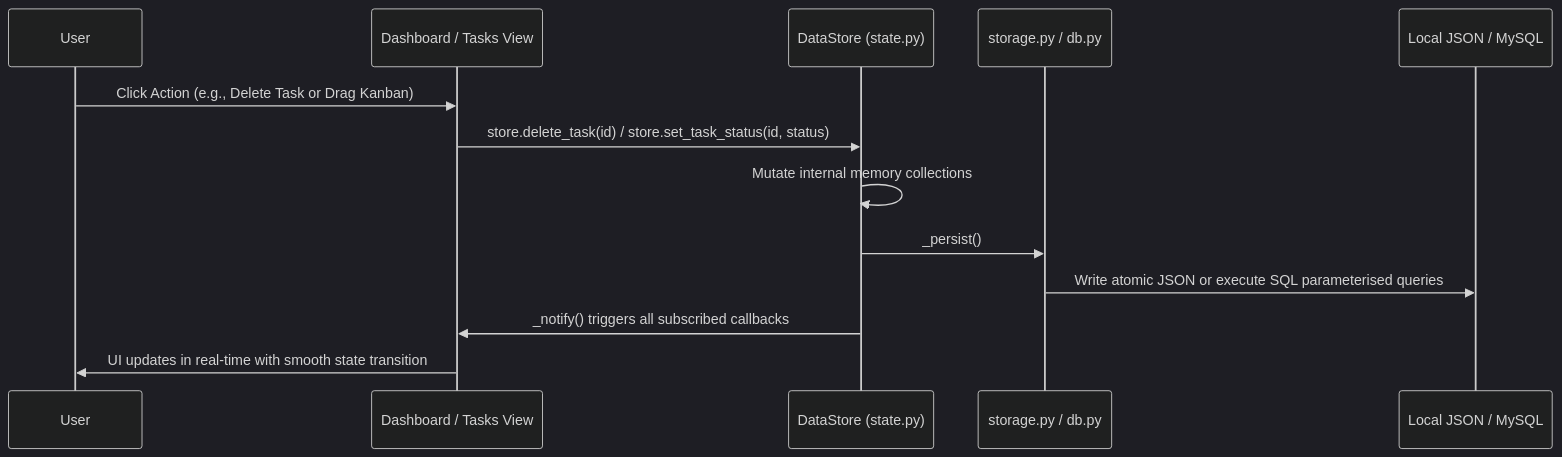
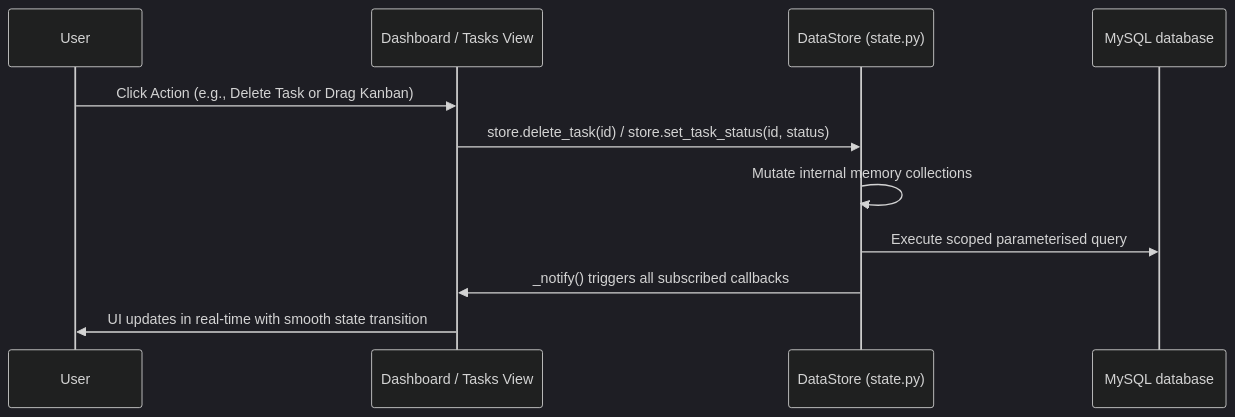
One commit to RajRishabh15/OneDesk-Tkinter changed the second of 6 diagrams in PROJECT_EXPLANATION.md. Above: the diagram before and after it, drawn with Mermaid (dark theme). The commit also changed other lines of this file and 1 other file, not shown here.

Commit message:
docs: update PROJECT_EXPLANATION and README for MySQL persistence and local setup instructions

````diff
--- a/PROJECT_EXPLANATION.md
+++ b/PROJECT_EXPLANATION.md
@@ -152,16 +151,14 @@
 ```mermaid
 sequenceDiagram
     participant User
     participant View as Dashboard / Tasks View
     participant Store as DataStore (state.py)
-    participant Storage as storage.py / db.py
-    participant Disk as Local JSON / MySQL
+    participant DB as MySQL database
 
     User->>View: Click Action (e.g., Delete Task or Drag Kanban)
     View->>Store: store.delete_task(id) / store.set_task_status(id, status)
     Store->>Store: Mutate internal memory collections
-    Store->>Storage: _persist()
-    Storage->>Disk: Write atomic JSON or execute SQL parameterised queries
+    Store->>DB: Execute scoped parameterised query
     Store->>View: _notify() triggers all subscribed callbacks
     View->>User: UI updates in real-time with smooth state transition
 ```
````
